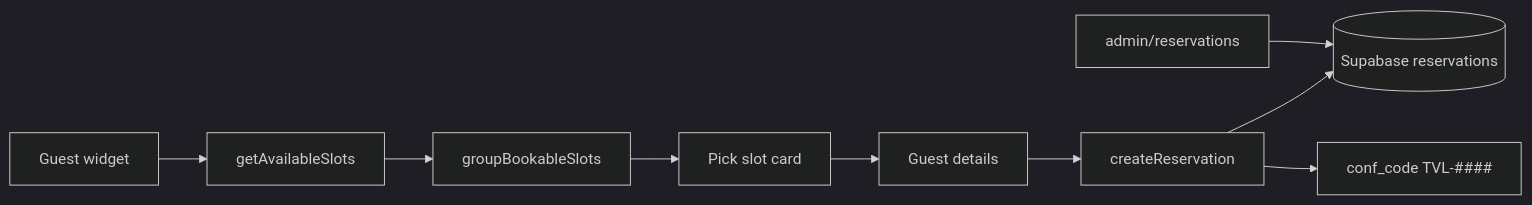
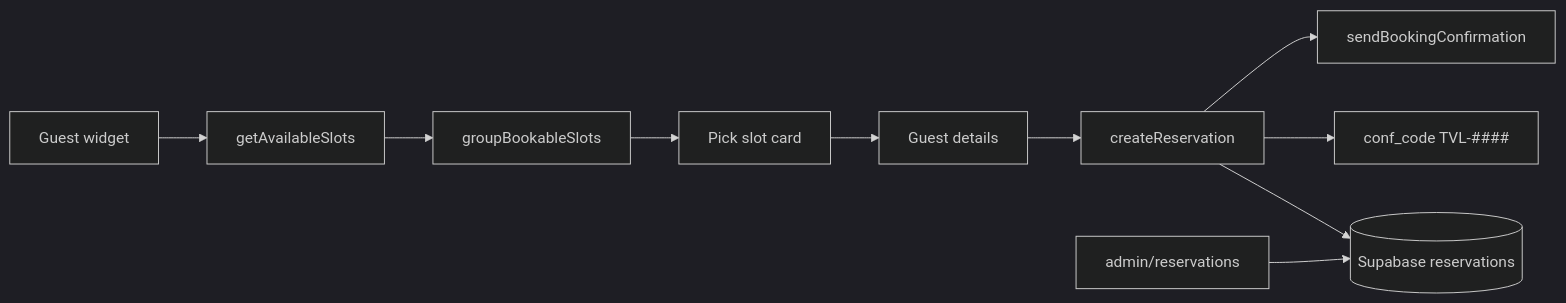
One commit to ralfcam/restaurant-system changed the diagram in docs/architecture/Reservation-Flow.md. Above: the diagram before and after it, drawn with Mermaid (dark theme). The commit also changed other lines of this file and 27 other files, not shown here.

First line of the commit message:
feat(reservations): collect guest email and send booking confirmation

````diff
--- a/docs/architecture/Reservation-Flow.md
+++ b/docs/architecture/Reservation-Flow.md
@@ -10,11 +11,12 @@
 ```mermaid
 flowchart LR
   Guest[Guest widget] --> Slots[getAvailableSlots]
   Slots --> Group[groupBookableSlots]
   Group --> Pick[Pick slot card]
   Pick --> Details[Guest details]
   Details --> Create[createReservation]
   Create --> DB[(Supabase reservations)]
   Create --> Code[conf_code TVL-####]
+  Create --> Confirm[sendBookingConfirmation]
   Admin[admin/reservations] --> DB
 ```
````
